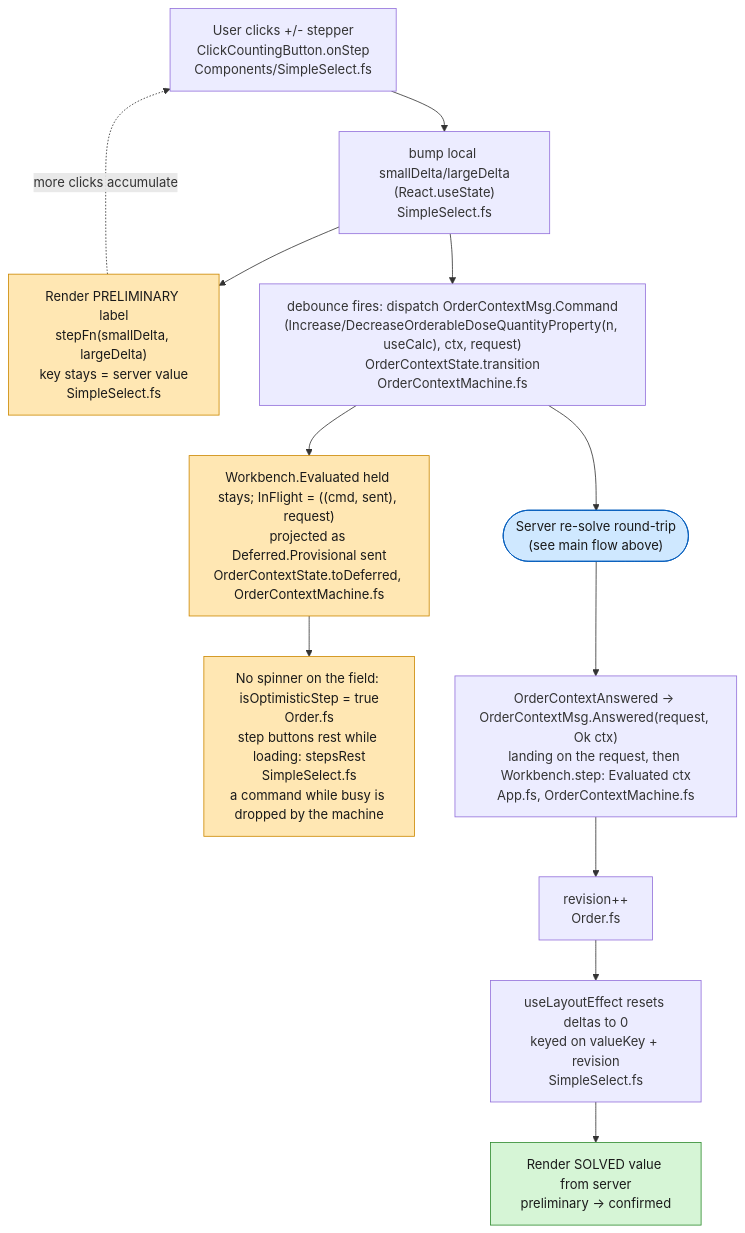
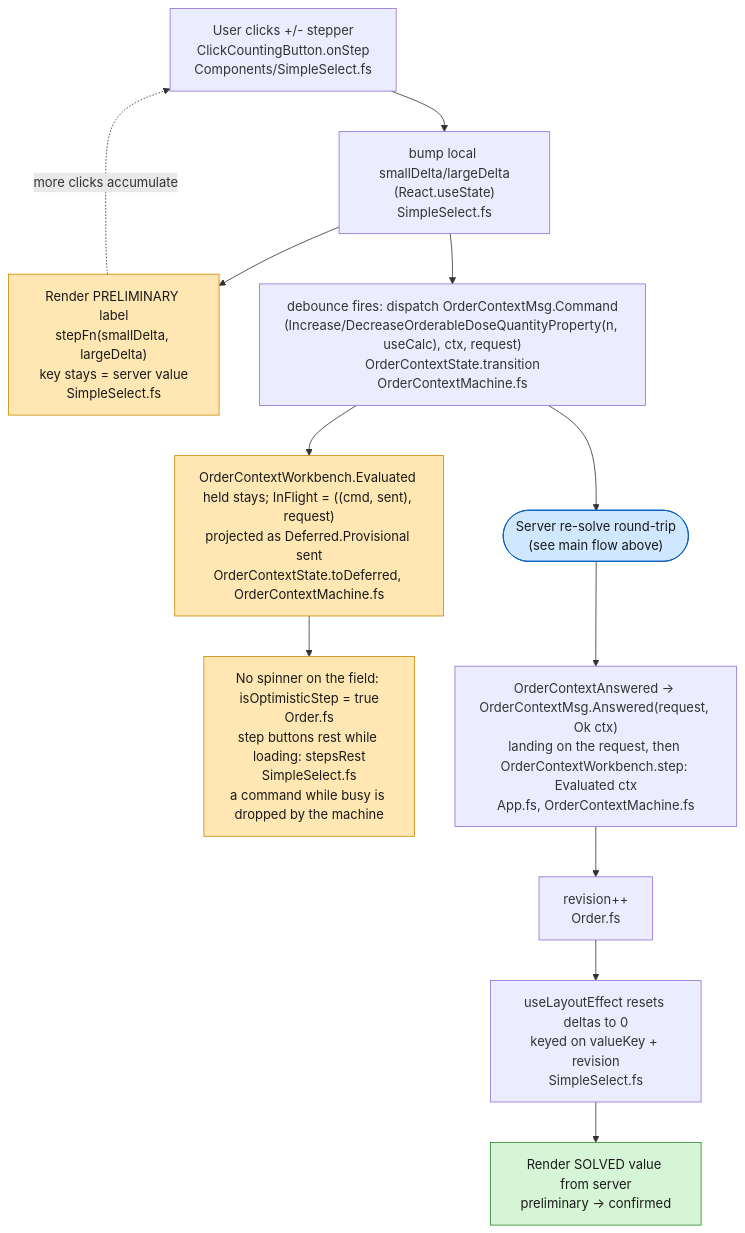
One commit to informedica/GenPRES changed the second of 2 diagrams in docs/domain/dose-quantity-stepping-flow.md. Above: the diagram before and after it, drawn with Mermaid. The commit also changed other lines of this file and 2 other files, not shown here.

First line of the commit message:
refactor(client): the workbench tier named after its lane

````diff
--- a/docs/domain/dose-quantity-stepping-flow.md
+++ b/docs/domain/dose-quantity-stepping-flow.md
@@ -61,28 +61,28 @@
 ```mermaid
 flowchart TD
     CLICK["User clicks +/- stepper<br/>ClickCountingButton.onStep<br/>Components/SimpleSelect.fs"]
     DELTA["bump local smallDelta/largeDelta<br/>(React.useState)<br/>SimpleSelect.fs"]
     PRELIM["Render PRELIMINARY label<br/>stepFn(smallDelta, largeDelta)<br/>key stays = server value<br/>SimpleSelect.fs"]
     DISPATCH["debounce fires: dispatch OrderContextMsg.Command<br/>(Increase/DecreaseOrderableDoseQuantityProperty(n, useCalc), ctx, request)<br/>OrderContextState.transition<br/>OrderContextMachine.fs"]
 
-    REC["Workbench.Evaluated held stays; InFlight = ((cmd, sent), request)<br/>projected as Deferred.Provisional sent<br/>OrderContextState.toDeferred, OrderContextMachine.fs"]
+    REC["OrderContextWorkbench.Evaluated held stays; InFlight = ((cmd, sent), request)<br/>projected as Deferred.Provisional sent<br/>OrderContextState.toDeferred, OrderContextMachine.fs"]
     KEEP["No spinner on the field: isOptimisticStep = true<br/>Order.fs<br/>step buttons rest while loading: stepsRest<br/>SimpleSelect.fs<br/>a command while busy is dropped by the machine"]
 
     SERVER(["Server re-solve round-trip<br/>(see main flow above)"])
 
-    DONE["OrderContextAnswered -> OrderContextMsg.Answered(request, Ok ctx)<br/>landing on the request, then Workbench.step: Evaluated ctx<br/>App.fs, OrderContextMachine.fs"]
+    DONE["OrderContextAnswered -> OrderContextMsg.Answered(request, Ok ctx)<br/>landing on the request, then OrderContextWorkbench.step: Evaluated ctx<br/>App.fs, OrderContextMachine.fs"]
     BUMP["revision++<br/>Order.fs"]
     RESET["useLayoutEffect resets deltas to 0<br/>keyed on valueKey + revision<br/>SimpleSelect.fs"]
     FINAL["Render SOLVED value from server<br/>preliminary -> confirmed"]
 
     CLICK --> DELTA --> PRELIM
     DELTA --> DISPATCH --> REC --> KEEP
     PRELIM -. "more clicks accumulate" .-> CLICK
     DISPATCH --> SERVER --> DONE --> BUMP --> RESET --> FINAL
 
     style PRELIM fill:#ffe7b3,stroke:#cc8800,color:#1a1a1a
     style REC fill:#ffe7b3,stroke:#cc8800,color:#1a1a1a
     style KEEP fill:#ffe7b3,stroke:#cc8800,color:#1a1a1a
     style FINAL fill:#d6f5d6,stroke:#2e8b2e,color:#1a1a1a
     style SERVER fill:#cfe8ff,stroke:#005bbb,color:#1a1a1a
 ```
````
